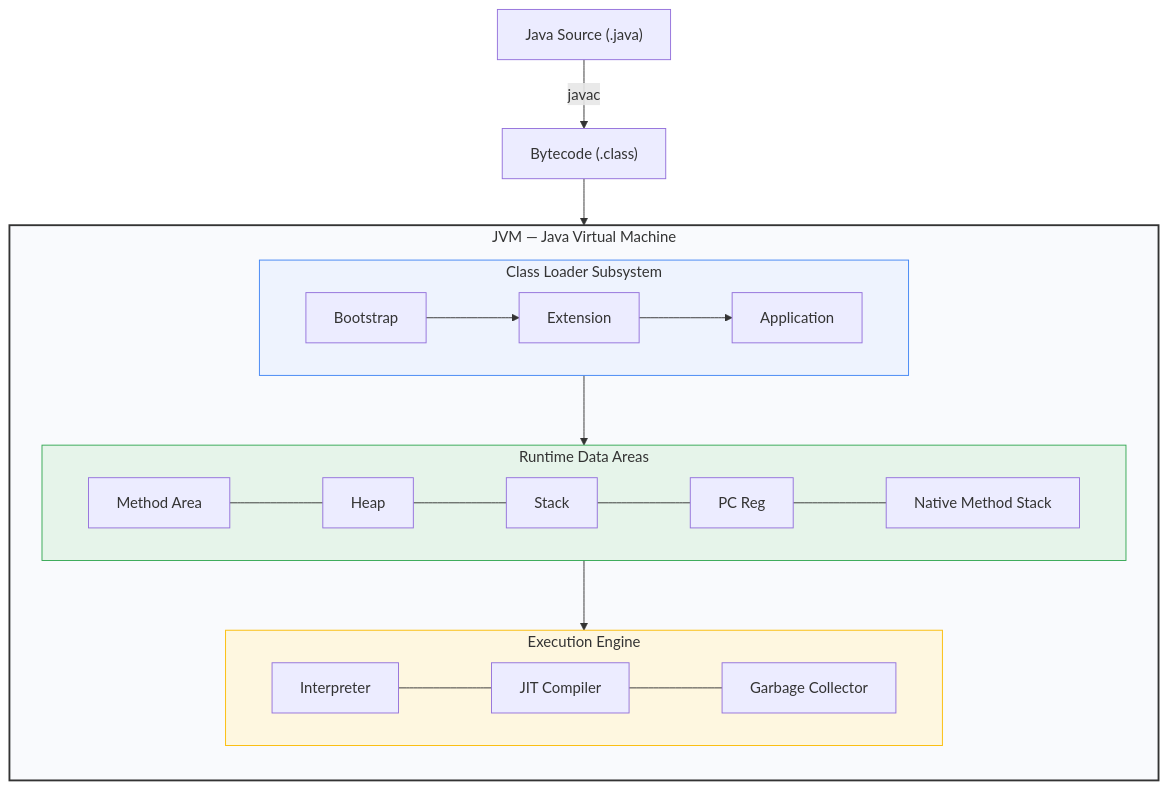
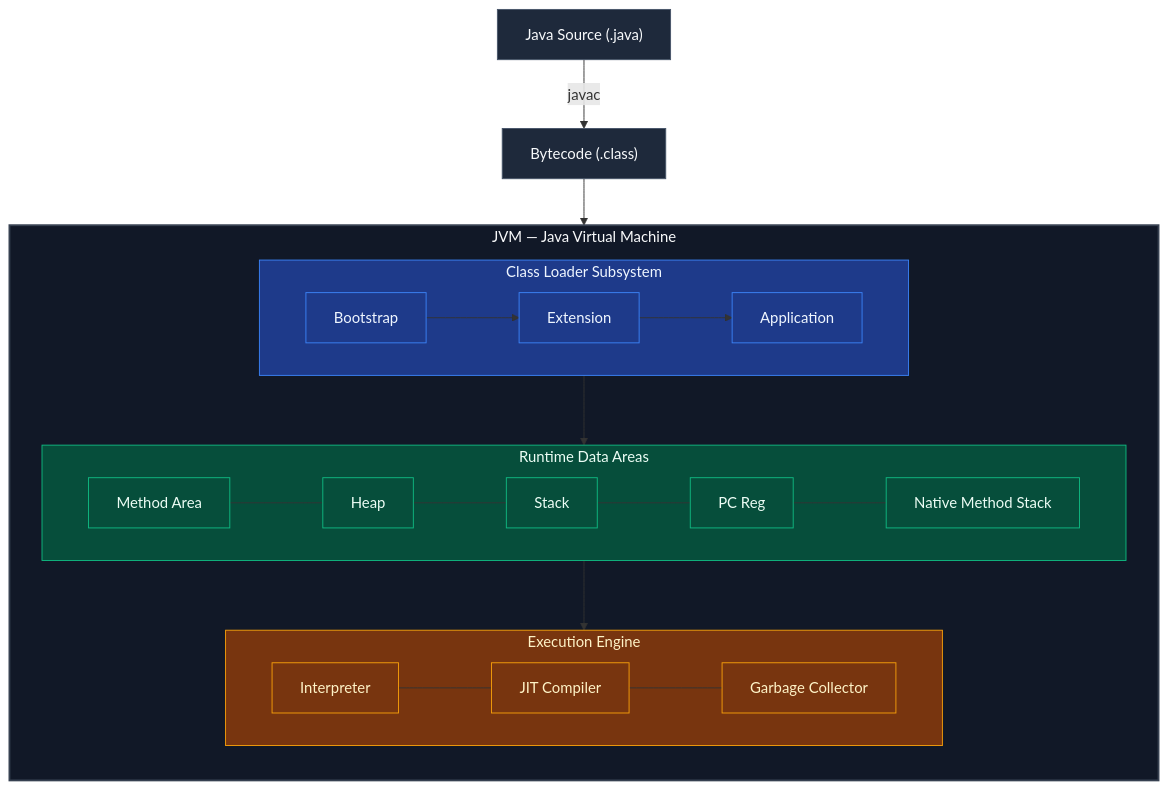
The second of 12 diagrams in Java_jdbc_hibernate_SpringBoot/analysis/Java_Analysis.md (SaiTeja301/My_Interview_Preparation), drawn with Mermaid before and after one commit. The commit also changed other lines of this file, not shown here.

Commit message:
style(mermaid): enhance all diagrams for light and dark mode compatibility

````diff
--- a/Java_jdbc_hibernate_SpringBoot/analysis/Java_Analysis.md
+++ b/Java_jdbc_hibernate_SpringBoot/analysis/Java_Analysis.md
@@ -72,31 +78,40 @@
 ```mermaid
 graph TD
     A["Java Source (.java)"] -->|javac| B["Bytecode (.class)"]
     B --> JVM
 
     subgraph JVM ["JVM — Java Virtual Machine"]
         direction TB
         subgraph CL ["Class Loader Subsystem"]
             direction LR
             CL1["Bootstrap"] --> CL2["Extension"] --> CL3["Application"]
         end
 
         subgraph RDA ["Runtime Data Areas"]
             direction LR
             MA["Method Area"] --- HP["Heap"] --- ST["Stack"] --- PC["PC Reg"] --- NMS["Native Method Stack"]
         end
 
         subgraph EE ["Execution Engine"]
             direction LR
             INT["Interpreter"] --- JIT["JIT Compiler"] --- GC["Garbage Collector"]
         end
 
         CL --> RDA
         RDA --> EE
     end
 
-    style JVM fill:#f9fafd,stroke:#333,stroke-width:2px
-    style CL fill:#eef3fe,stroke:#4285f4,stroke-width:1px
-    style RDA fill:#e6f4ea,stroke:#34a853,stroke-width:1px
-    style EE fill:#fef7e0,stroke:#fbbc05,stroke-width:1px
+    classDef default fill:#1E293B,stroke:#475569,color:#F8FAFC,stroke-width:1px;
+    classDef clClass fill:#1E3A8A,stroke:#3B82F6,color:#EFF6FF,stroke-width:1px;
+    classDef rdaClass fill:#064E3B,stroke:#10B981,color:#ECFDF5,stroke-width:1px;
+    classDef eeClass fill:#78350F,stroke:#F59E0B,color:#FEF3C7,stroke-width:1px;
+
+    class CL1,CL2,CL3 clClass;
+    class MA,HP,ST,PC,NMS rdaClass;
+    class INT,JIT,GC eeClass;
+
+    style JVM fill:#111827,stroke:#374151,color:#F9FAFB,stroke-width:2px
+    style CL fill:#1E3A8A,stroke:#3B82F6,color:#EFF6FF,stroke-width:1px
+    style RDA fill:#064E3B,stroke:#10B981,color:#ECFDF5,stroke-width:1px
+    style EE fill:#78350F,stroke:#F59E0B,color:#FEF3C7,stroke-width:1px
 ```
````
